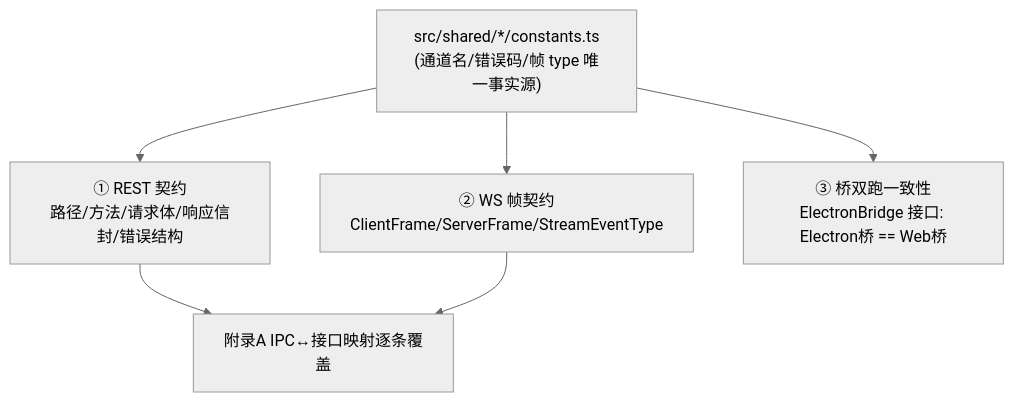
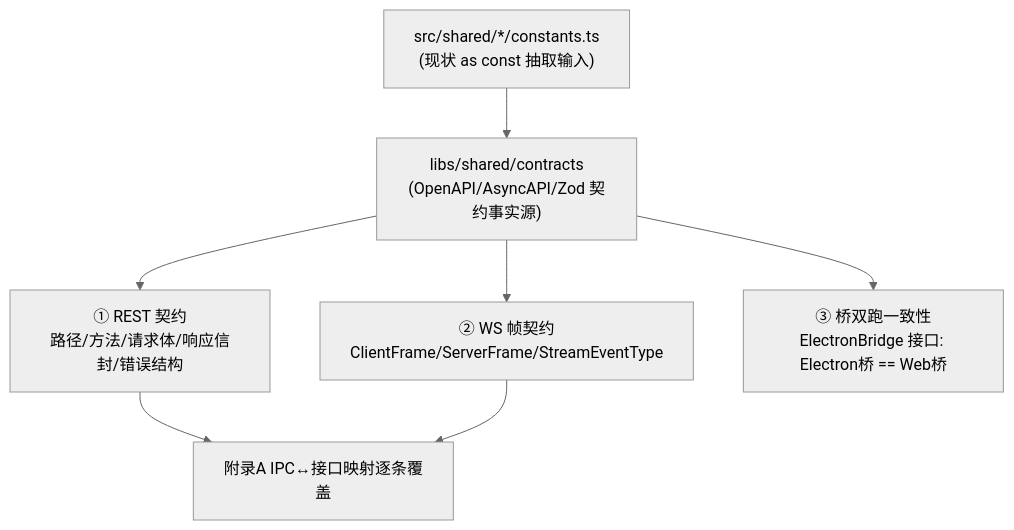
Before and after one commit to edward-ng-duke/LobsterAI: the fourth of 9 diagrams in 改造计划/16-测试策略与验收标准.md, drawn with Mermaid (neutral theme). The commit also changed other lines of this file and 27 other files, not shown here.

````diff
--- a/改造计划/16-测试策略与验收标准.md
+++ b/改造计划/16-测试策略与验收标准.md
@@ -192,9 +204,11 @@
 ```mermaid
 flowchart TB
-  SC["src/shared/*/constants.ts<br/>(通道名/错误码/帧 type 唯一事实源)"]
+  SC["libs/shared/contracts<br/>(OpenAPI/AsyncAPI/Zod 契约事实源)"]
+  LEG["src/shared/*/constants.ts<br/>(现状 as const 抽取输入)"]
+  LEG --> SC
   SC --> R["① REST 契约<br/>路径/方法/请求体/响应信封/错误结构"]
   SC --> W["② WS 帧契约<br/>ClientFrame/ServerFrame/StreamEventType"]
   SC --> B["③ 桥双跑一致性<br/>ElectronBridge 接口: Electron桥 == Web桥"]
   R --> A["附录A IPC↔接口映射逐条覆盖"]
   W --> A
 ```
````
